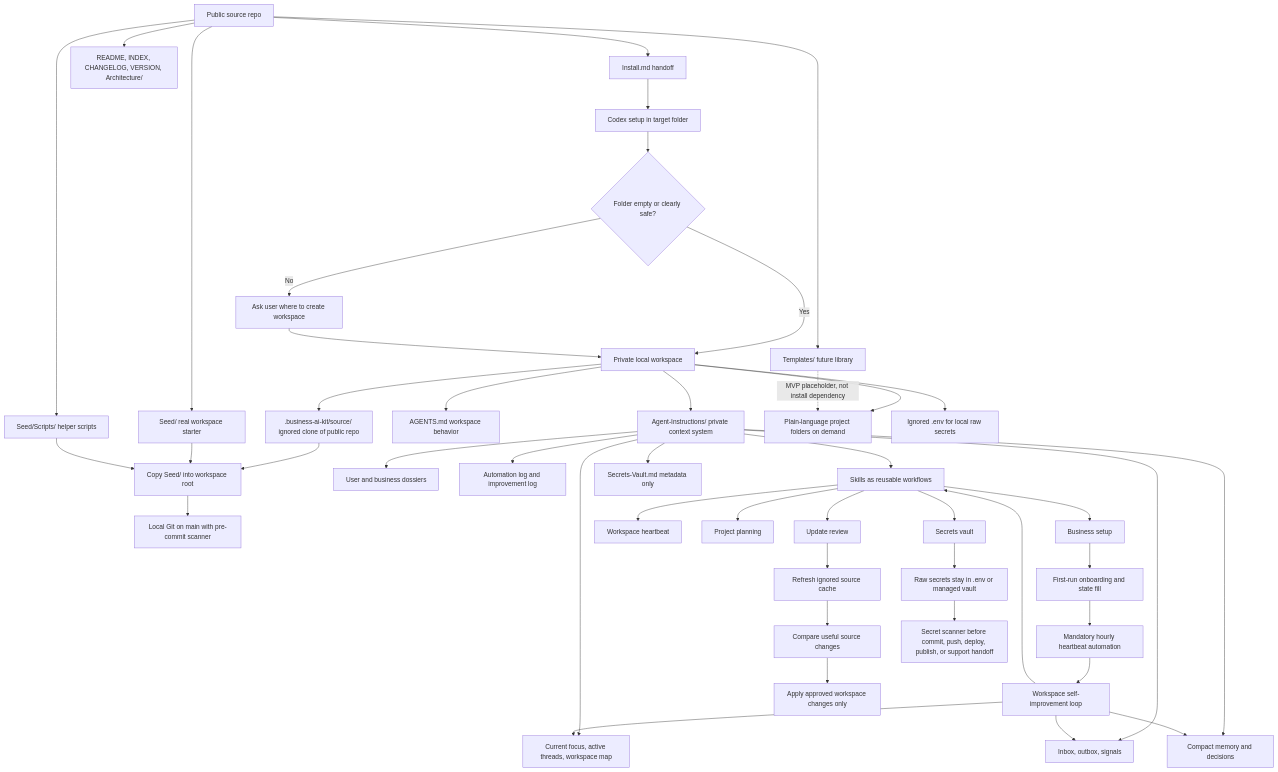
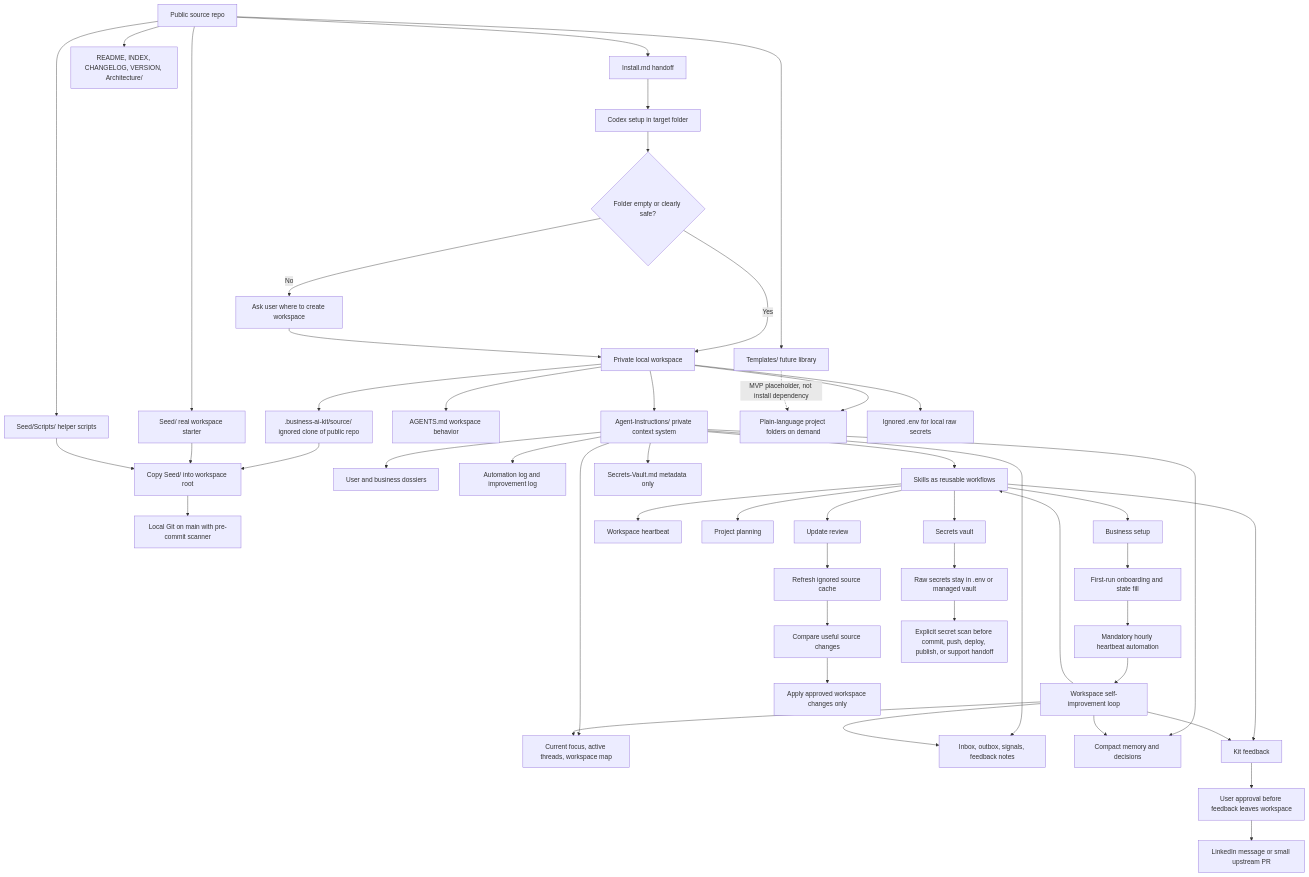
Before and after one commit to V-Andriy/business-ai-starter-kit: the diagram in ARCHITECTURE.md, drawn with Mermaid. The commit also changed other lines of this file and 13 other files, not shown here.

````diff
--- a/ARCHITECTURE.md
+++ b/ARCHITECTURE.md
@@ -20,56 +20,61 @@
 ```mermaid
 flowchart TD
   Public["Public source repo"] --> Install["Install.md handoff"]
   Public --> Seed["Seed/ real workspace starter"]
   Public --> Scripts["Seed/Scripts/ helper scripts"]
   Public --> Templates["Templates/ future library"]
   Public --> Docs["README, INDEX, CHANGELOG, VERSION, Architecture/"]
 
   Install --> Codex["Codex setup in target folder"]
   Codex --> SafetyCheck{"Folder empty or clearly safe?"}
   SafetyCheck -- "No" --> AskPath["Ask user where to create workspace"]
   SafetyCheck -- "Yes" --> Private["Private local workspace"]
   AskPath --> Private
 
   Private --> Cache[".business-ai-kit/source/ ignored clone of public repo"]
   Cache --> CopySeed["Copy Seed/ into workspace root"]
   Seed --> CopySeed
   Scripts --> CopySeed
   CopySeed --> Git["Local Git on main with pre-commit scanner"]
 
   Private --> Agents["AGENTS.md workspace behavior"]
   Private --> Context["Agent-Instructions/ private context system"]
   Private --> Projects["Plain-language project folders on demand"]
   Private --> Env["Ignored .env for local raw secrets"]
 
   Context --> Dossiers["User and business dossiers"]
   Context --> Continuity["Current focus, active threads, workspace map"]
-  Context --> Queue["Inbox, outbox, signals"]
+  Context --> Queue["Inbox, outbox, signals, feedback notes"]
   Context --> Logs["Automation log and improvement log"]
   Context --> Memory["Compact memory and decisions"]
   Context --> Skills["Skills as reusable workflows"]
   Context --> SecretMeta["Secrets-Vault.md metadata only"]
 
   Skills --> BusinessSetup["Business setup"]
   Skills --> Heartbeat["Workspace heartbeat"]
+  Skills --> KitFeedback["Kit feedback"]
   Skills --> ProjectPlanning["Project planning"]
   Skills --> SecretsVault["Secrets vault"]
   Skills --> UpdateReview["Update review"]
 
   BusinessSetup --> Onboarding["First-run onboarding and state fill"]
   Onboarding --> HeartbeatSetup["Mandatory hourly heartbeat automation"]
   HeartbeatSetup --> Loop["Workspace self-improvement loop"]
   Loop --> Queue
   Loop --> Continuity
   Loop --> Memory
   Loop --> Skills
+  Loop --> KitFeedback
 
   UpdateReview --> Refresh["Refresh ignored source cache"]
   Refresh --> Compare["Compare useful source changes"]
   Compare --> Approval["Apply approved workspace changes only"]
 
   SecretsVault --> SecretSafety["Raw secrets stay in .env or managed vault"]
-  SecretSafety --> Scanner["Secret scanner before commit, push, deploy, publish, or support handoff"]
+  SecretSafety --> Scanner["Explicit secret scan before commit, push, deploy, publish, or support handoff"]
+
+  KitFeedback --> UserApproval["User approval before feedback leaves workspace"]
+  UserApproval --> FeedbackPath["LinkedIn message or small upstream PR"]
 
   Templates -. "MVP placeholder, not install dependency" .-> Projects
 ```
````
